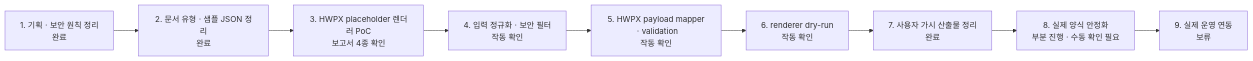
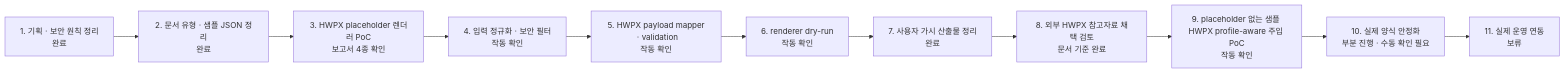
The diagram in CURRENT_STATUS.md (Polcoding/---), drawn with Mermaid before and after one commit. The commit also changed other lines of this file and 30 other files, not shown here.

````diff
--- a/CURRENT_STATUS.md
+++ b/CURRENT_STATUS.md
@@ -24,11 +34,13 @@
 ```mermaid
 flowchart LR
     A["1. 기획ㆍ보안 원칙 정리<br/>완료"] --> B["2. 문서 유형ㆍ샘플 JSON 정리<br/>완료"]
     B --> C["3. HWPX placeholder 렌더러 PoC<br/>보고서 4종 확인"]
     C --> D["4. 입력 정규화ㆍ보안 필터<br/>작동 확인"]
     D --> E["5. HWPX payload mapperㆍvalidation<br/>작동 확인"]
     E --> F["6. renderer dry-run<br/>작동 확인"]
     F --> G["7. 사용자 가시 산출물 정리<br/>완료"]
-    G --> H["8. 실제 양식 안정화<br/>부분 진행ㆍ수동 확인 필요"]
-    H --> I["9. 실제 운영 연동<br/>보류"]
+    G --> H["8. 외부 HWPX 참고자료 채택 검토<br/>문서 기준 완료"]
+    H --> I["9. placeholder 없는 샘플 HWPX profile-aware 주입 PoC<br/>작동 확인"]
+    I --> J["10. 실제 양식 안정화<br/>부분 진행ㆍ수동 확인 필요"]
+    J --> K["11. 실제 운영 연동<br/>보류"]
 ```
````
